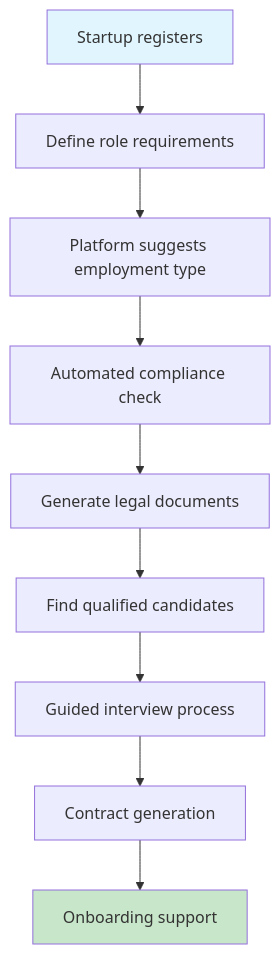
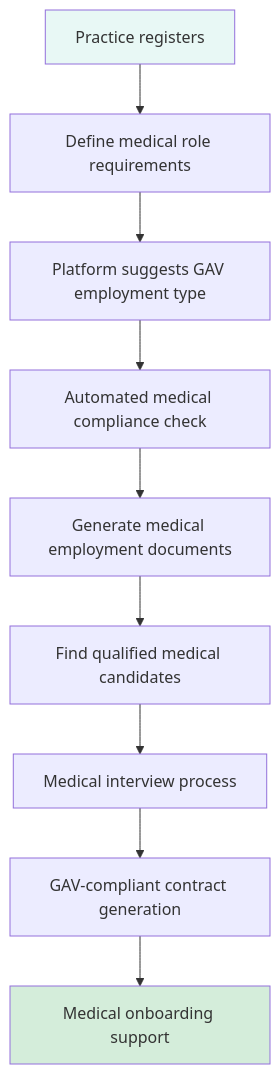
The second of 13 diagrams in docs/requirements-analysis/user-stories.md (3Stones-io/bemeda_personal), drawn with Mermaid before and after one commit. The commit also changed other lines of this file and 5 other files, not shown here.

````diff
--- a/docs/requirements-analysis/user-stories.md
+++ b/docs/requirements-analysis/user-stories.md
@@ -60,14 +68,14 @@
 ```mermaid
 flowchart TD
-    A[Startup registers] --> B[Define role requirements]
-    B --> C[Platform suggests employment type]
-    C --> D[Automated compliance check]
-    D --> E[Generate legal documents]
-    E --> F[Find qualified candidates]
-    F --> G[Guided interview process]
-    G --> H[Contract generation]
-    H --> I[Onboarding support]
+    A[Practice registers] --> B[Define medical role requirements]
+    B --> C[Platform suggests GAV employment type]
+    C --> D[Automated medical compliance check]
+    D --> E[Generate medical employment documents]
+    E --> F[Find qualified medical candidates]
+    F --> G[Medical interview process]
+    G --> H[GAV-compliant contract generation]
+    H --> I[Medical onboarding support]
     
-    style A fill:#e1f5fe
-    style I fill:#c8e6c9
+    style A fill:#e8f8f5
+    style I fill:#d4edda
 ```
````
